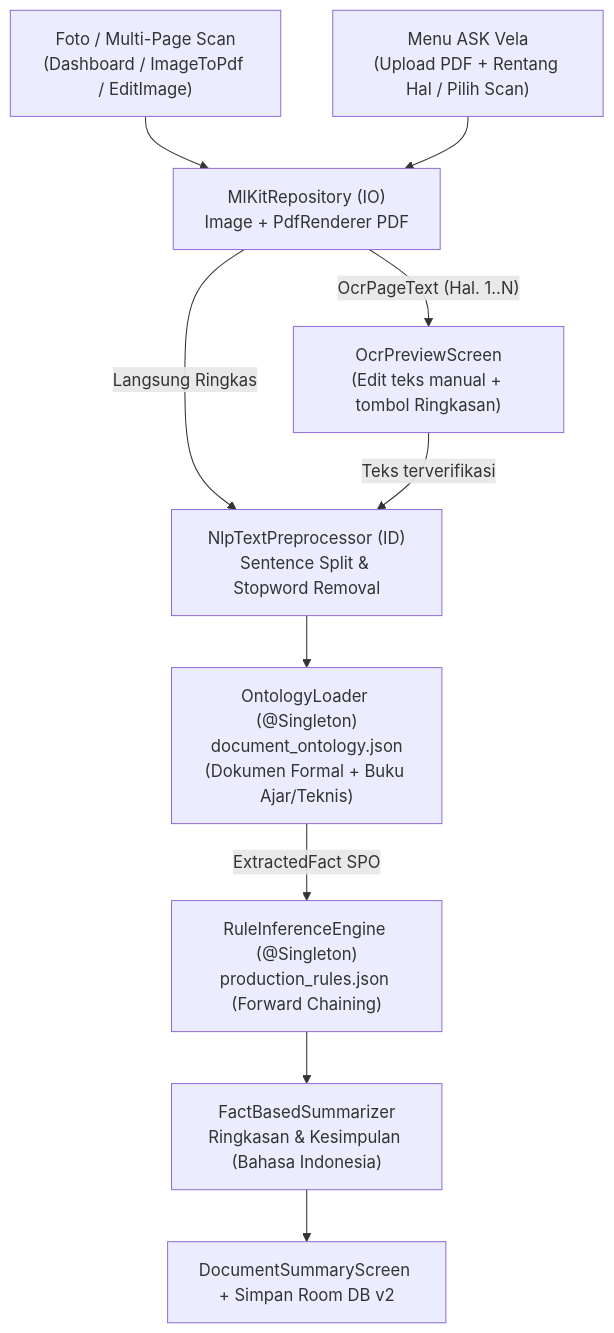
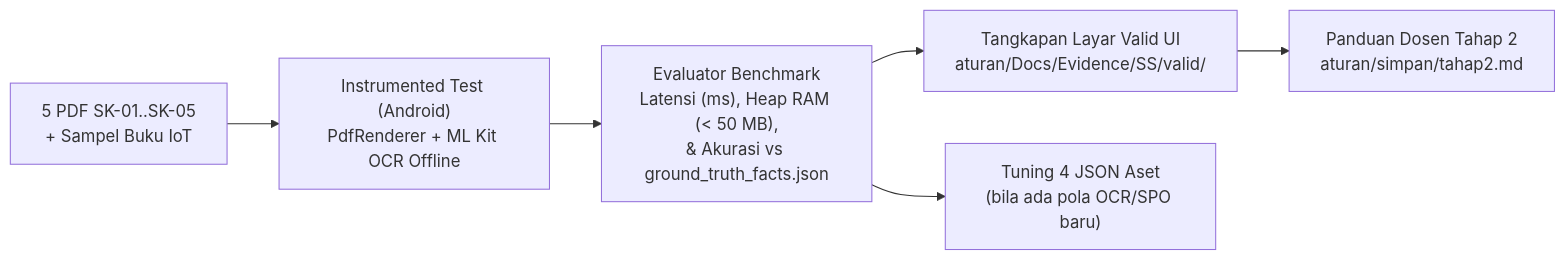
One commit to useripx/velapdfv1 changed the diagram in aturan/Docs/Implementation_plan.md. Above: the diagram before and after it, drawn with Mermaid. The commit also changed other lines of this file and 47 other files, not shown here.

Commit message:
feat(stage-1): implement offline OCR, 4-JSON rule inference, ASK Vela, tests & stage-1 study guide

````diff
--- a/aturan/Docs/Implementation_plan.md
+++ b/aturan/Docs/Implementation_plan.md
@@ -29,12 +28,8 @@
 ```mermaid
-flowchart TD
-    IN1["Foto / Multi-Page Scan<br/>(Dashboard / ImageToPdf / EditImage)"] --> OCR["MlKitRepository (IO)<br/>Image + PdfRenderer PDF"]
-    IN2["Menu ASK Vela<br/>(Upload PDF + Rentang Hal / Pilih Scan)"] --> OCR
-    OCR -->|"OcrPageText (Hal. 1..N)"| PRV["OcrPreviewScreen<br/>(Edit teks manual + tombol Ringkasan)"]
-    OCR -->|"Langsung Ringkas"| NLP["NlpTextPreprocessor (ID)<br/>Sentence Split & Stopword Removal"]
-    PRV -->|"Teks terverifikasi"| NLP
-    NLP --> ONT["OntologyLoader (@Singleton)<br/>document_ontology.json<br/>(Dokumen Formal + Buku Ajar/Teknis)"]
-    ONT -->|"ExtractedFact SPO"| INF["RuleInferenceEngine (@Singleton)<br/>production_rules.json (Forward Chaining)"]
-    INF --> SUM["FactBasedSummarizer<br/>Ringkasan & Kesimpulan (Bahasa Indonesia)"]
-    SUM --> UI["DocumentSummaryScreen + Simpan Room DB v2"]
+flowchart LR
+    A["5 PDF SK-01..SK-05<br/>+ Sampel Buku IoT"] --> B["Instrumented Test (Android)<br/>PdfRenderer + ML Kit OCR Offline"]
+    B --> C["Evaluator Benchmark<br/>Latensi (ms), Heap RAM (< 50 MB),<br/>& Akurasi vs ground_truth_facts.json"]
+    C --> D["Tangkapan Layar Valid UI<br/>aturan/Docs/Evidence/SS/valid/"]
+    C --> E["Tuning 4 JSON Aset<br/>(bila ada pola OCR/SPO baru)"]
+    D --> F["Panduan Dosen Tahap 2<br/>aturan/simpan/tahap2.md"]
 ```
````
